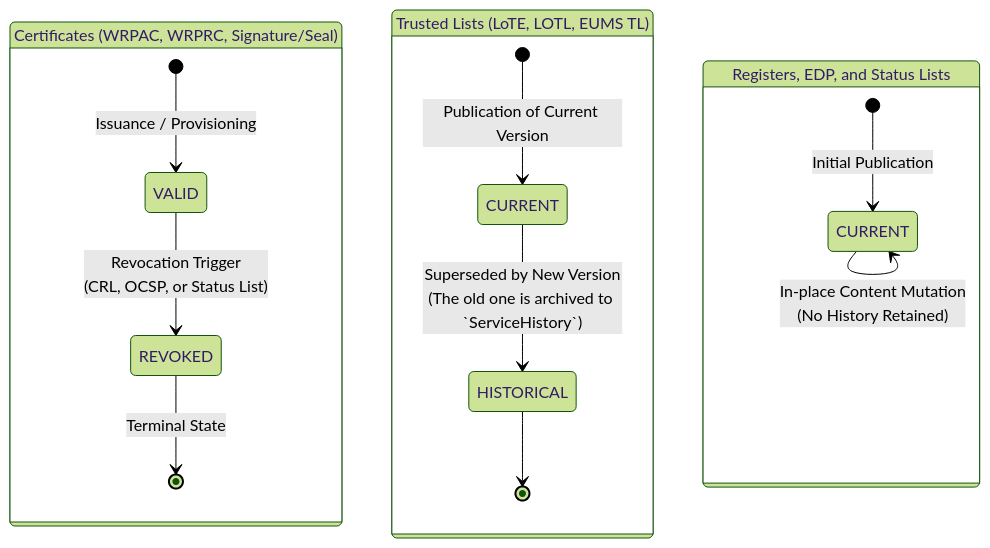
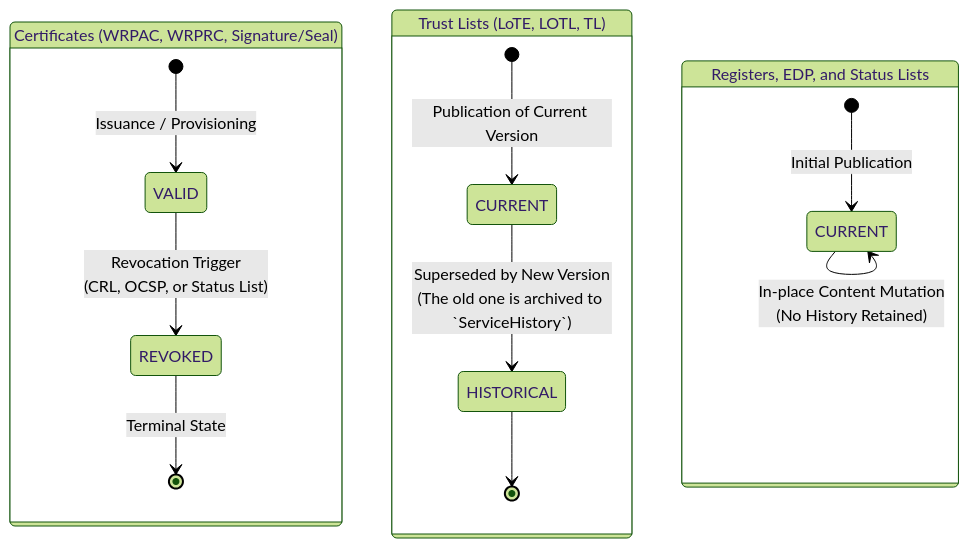
The fifth of 5 diagrams in docs/topics/trust-management-process.md (APTITUDE-Consortium/wp2-trust-specifications), drawn with Mermaid (forest theme) before and after one commit. The commit also changed other lines of this file and 7 other files, not shown here.

````diff
--- a/docs/topics/trust-management-process.md
+++ b/docs/topics/trust-management-process.md
@@ -360,29 +372,29 @@
 ```mermaid
 stateDiagram-v2
     %% Define Layout Orientation
     direction TB
 
     %% 1. Certificates Lifecycle Group
     state "Certificates (WRPAC, WRPRC, Signature/Seal)" as CertGroup {
         [*] --> VALID : Issuance / Provisioning
         VALID --> REVOKED : Revocation Trigger<br>(CRL, OCSP, or Status List)
         REVOKED --> [*] : Terminal State
     }
 
-    %% 2. Trusted Lists Lifecycle Group
-    state "Trusted Lists (LoTE, LOTL, EUMS TL)" as TLGroup {
+    %% 2. Trust Lists Lifecycle Group
+    state "Trust Lists (LoTE, LOTL, TL)" as TLGroup {
         [*] --> TL_CURRENT : Publication of Current Version
         state "CURRENT" as TL_CURRENT
         
         TL_CURRENT --> HISTORICAL : Superseded by New Version<br>(The old one is archived to `ServiceHistory`)
         HISTORICAL --> [*]
     }
 
     %% 3. Registers, EDP, and Status Lists Lifecycle Group
     state "Registers, EDP, and Status Lists" as RegGroup {
         [*] --> REG_CURRENT : Initial Publication
         state "CURRENT" as REG_CURRENT
         
         REG_CURRENT --> REG_CURRENT : In-place Content Mutation<br>(No History Retained)
     }
 ```
````
